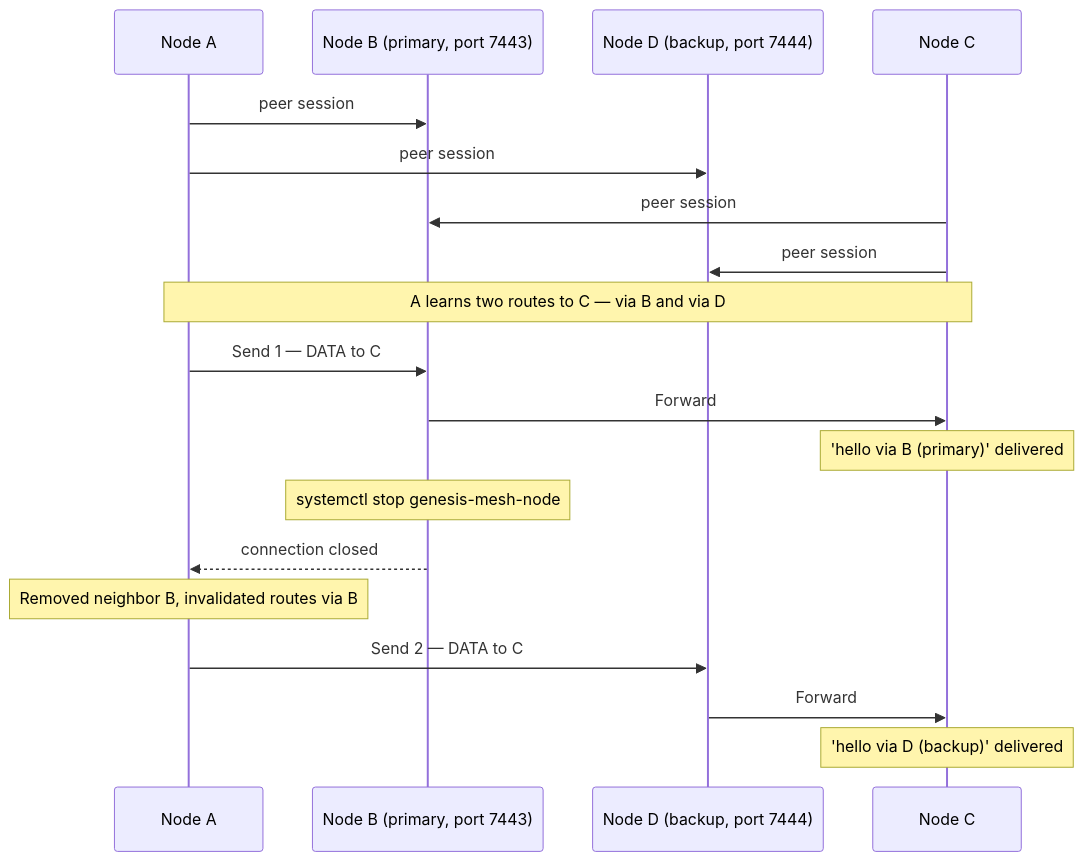
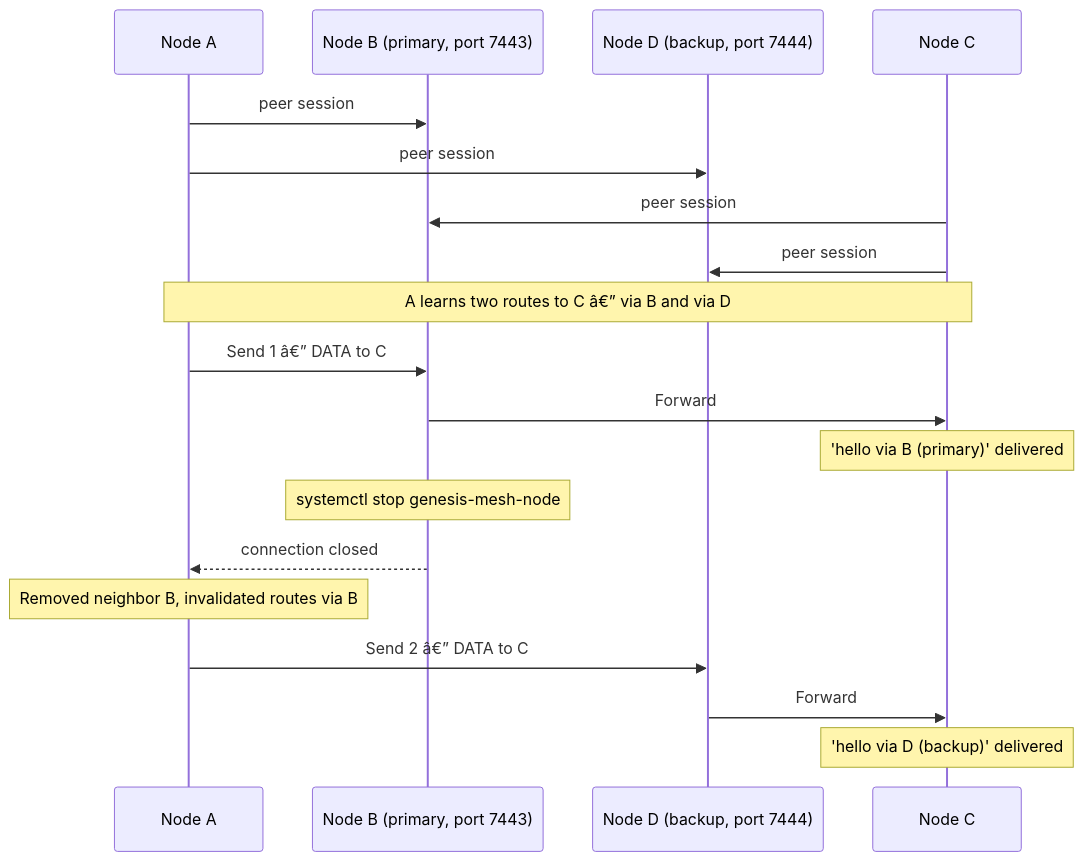
One commit to GenesisMeshLabs/genesismesh changed the sixth of 15 diagrams in docs/examples/demos.md. Above: the diagram before and after it, drawn with Mermaid. The commit also changed other lines of this file and 10 other files, not shown here.

````diff
--- a/docs/examples/demos.md
+++ b/docs/examples/demos.md
@@ -431,25 +432,25 @@
 ```{mermaid}
 sequenceDiagram
     participant A as Node A
     participant B as Node B (primary, port 7443)
     participant D as Node D (backup, port 7444)
     participant C as Node C
 
     A->>B: peer session
     A->>D: peer session
     C->>B: peer session
     C->>D: peer session
-    note over A,C: A learns two routes to C — via B and via D
+    note over A,C: A learns two routes to C â€” via B and via D
 
-    A->>B: Send 1 — DATA to C
+    A->>B: Send 1 â€” DATA to C
     B->>C: Forward
     note over C: 'hello via B (primary)' delivered
 
     note over B: systemctl stop genesis-mesh-node
     B-->>A: connection closed
     note over A: Removed neighbor B, invalidated routes via B
 
-    A->>D: Send 2 — DATA to C
+    A->>D: Send 2 â€” DATA to C
     D->>C: Forward
     note over C: 'hello via D (backup)' delivered
 ```
````
